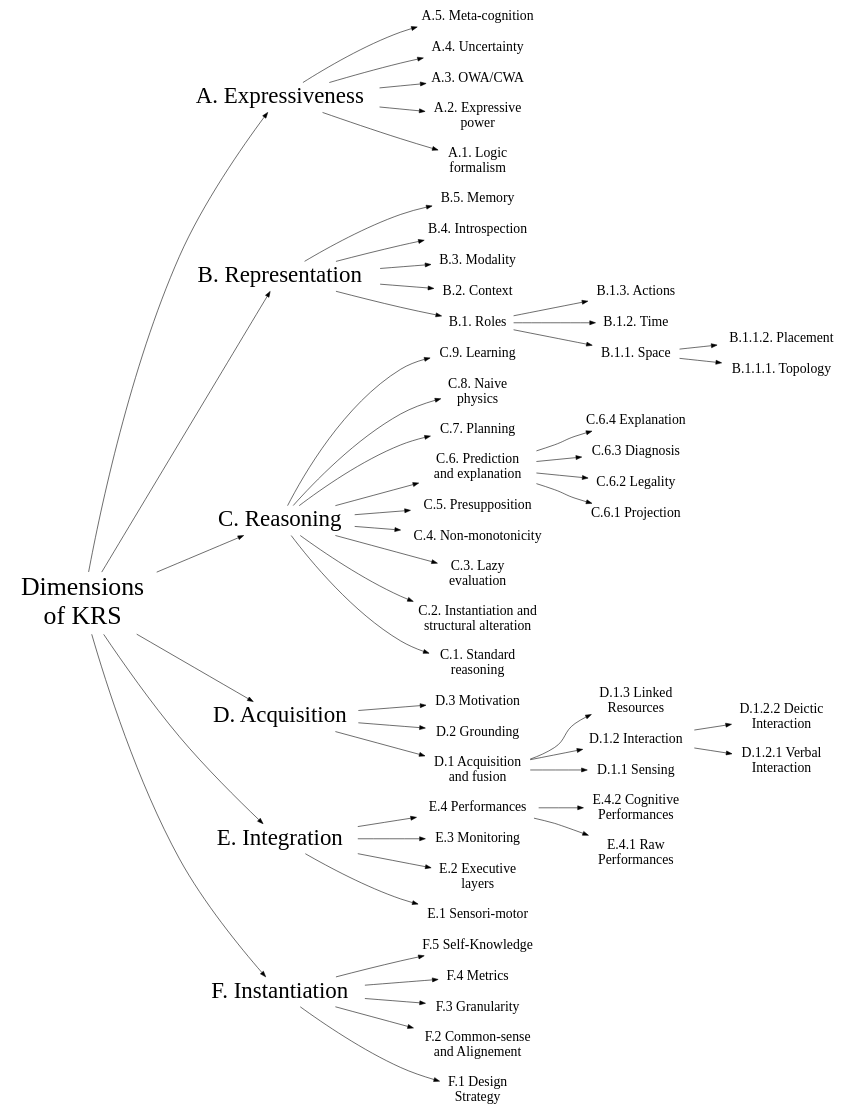
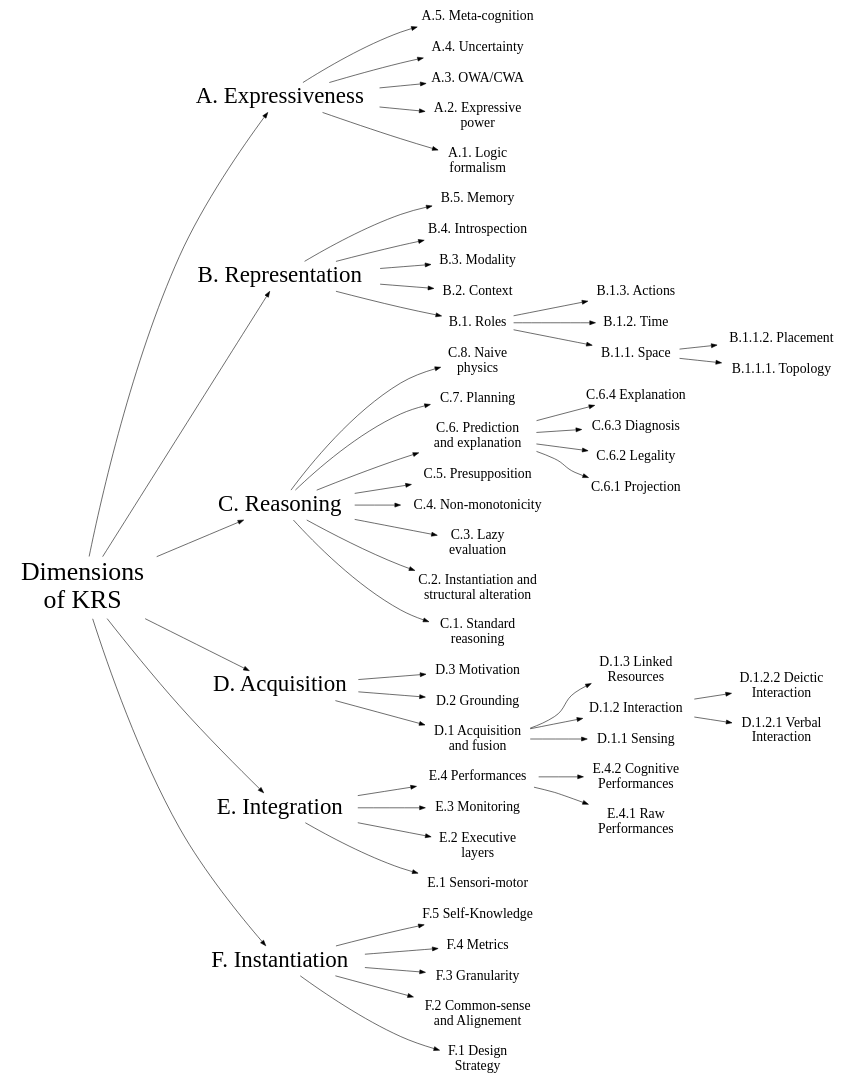
Before and after one commit to severin-lemaignan/these: the diagram in images/taxonomy.dot, drawn with Graphviz. The commit also changed 1 other file, not shown here.

Commit message:
Skipped Learning

```diff
--- a/images/taxonomy.dot
+++ b/images/taxonomy.dot
@@ -1,133 +1,133 @@
 strict digraph Knowledge {
 
 rankdir=LR;
 overlap=scale;
 
 node [shape=plaintext,fontsize=24,fontname="Ubuntu"];
 
 root [label="Dimensions\n of KRS", fontsize=45];
 root -> A;
 root -> B;
 root -> C;
 root -> D;
 root -> E;
 root -> F;
 
 F [label="F. Instantiation", fontsize=40];
 E [label="E. Integration", fontsize=40];
 D [label="D. Acquisition", fontsize=40];
 C [label="C. Reasoning", fontsize=40];
 B [label="B. Representation", fontsize=40];
 A [label="A. Expressiveness", fontsize=40];
 
 
 A5 [label="A.5. Meta-cognition"];
 A4 [label="A.4. Uncertainty"];
 A3 [label="A.3. OWA/CWA"];
 A2 [label="A.2. Expressive\n power"];
 A1 [label="A.1. Logic\n formalism"];
 
 A -> A1;
 A -> A2;
 A -> A3;
 A -> A4;
 A -> A5;
 
 B5 [label="B.5. Memory"];
 B4 [label="B.4. Introspection"];
 B3 [label="B.3. Modality"];
 B2 [label="B.2. Context"];
 B1 [label="B.1. Roles"];
 
 
 B13 [label="B.1.3. Actions"];
 B12 [label="B.1.2. Time"];
 B11 [label="B.1.1. Space"];
 
 B112 [label="B.1.1.2. Placement"];
 B111 [label="B.1.1.1. Topology"];
 
 B -> B1 -> B11 -> B111;
            B11 -> B112;
      B1 -> B12;
      B1 -> B13;
 B -> B2;
 B -> B3;
 B -> B4;
 B -> B5;
 
 
 
-C10 [label="C.9. Learning"];
+//C10 [label="C.9. Learning"];
 C9 [label="C.8. Naive\n physics"];
 C8 [label="C.7. Planning"];
 C7 [label="C.6. Prediction\n and explanation"];
 C6 [label="C.5. Presupposition"];
 C5 [label="C.4. Non-monotonicity"];
 C3 [label="C.3. Lazy\n evaluation"];
 C2 [label="C.2. Instantiation and\n structural alteration"];
 C1 [label="C.1. Standard\n reasoning"];
 
 C74 [label="C.6.4 Explanation"];
 C73 [label="C.6.3 Diagnosis"];
 C72 [label="C.6.2 Legality"];
 C71 [label="C.6.1 Projection"];
 
 C -> C1;
 C -> C2;
 C -> C3;
 C -> C5;
 C -> C6;
 C -> C7 -> C71;
      C7 -> C72;
      C7 -> C73;
      C7 -> C74;
 C -> C8;
 C -> C9;
-C -> C10;
+//C -> C10;
 
 D3 [label="D.3 Motivation"];
 D2 [label="D.2 Grounding"];
 D1 [label="D.1 Acquisition\n and fusion"];
 
 D13 [label="D.1.3 Linked\n Resources"];
 D12 [label="D.1.2 Interaction"];
 D11 [label="D.1.1 Sensing"];
 
 D122 [label="D.1.2.2 Deictic\n Interaction"];
 D121 [label="D.1.2.1 Verbal\n Interaction"];
 
 D -> D1 -> D11;
      D1 -> D12 -> D121;
            D12 -> D122;
      D1 -> D13;
 D -> D2;
 D -> D3;
 
 E4 [label="E.4 Performances"];
 E3 [label="E.3 Monitoring"];
 E2 [label="E.2 Executive\n layers"];
 E1 [label="E.1 Sensori-motor"];
 
 E42 [label="E.4.2 Cognitive\n Performances"];
 E41 [label="E.4.1 Raw\n Performances"];
 
 E -> E1;
 E -> E2;
 E -> E3;
 E -> E4 -> E41;
      E4 -> E42;
 
 F5 [label="F.5 Self-Knowledge"];
 F4 [label="F.4 Metrics"];
 F3 [label="F.3 Granularity"];
 F2 [label="F.2 Common-sense\n and Alignement"];
 F1 [label="F.1 Design\n Strategy"];
 
 F -> F1;
 F -> F2;
 F -> F3;
 F -> F4;
 F -> F5;
 
 }
```
